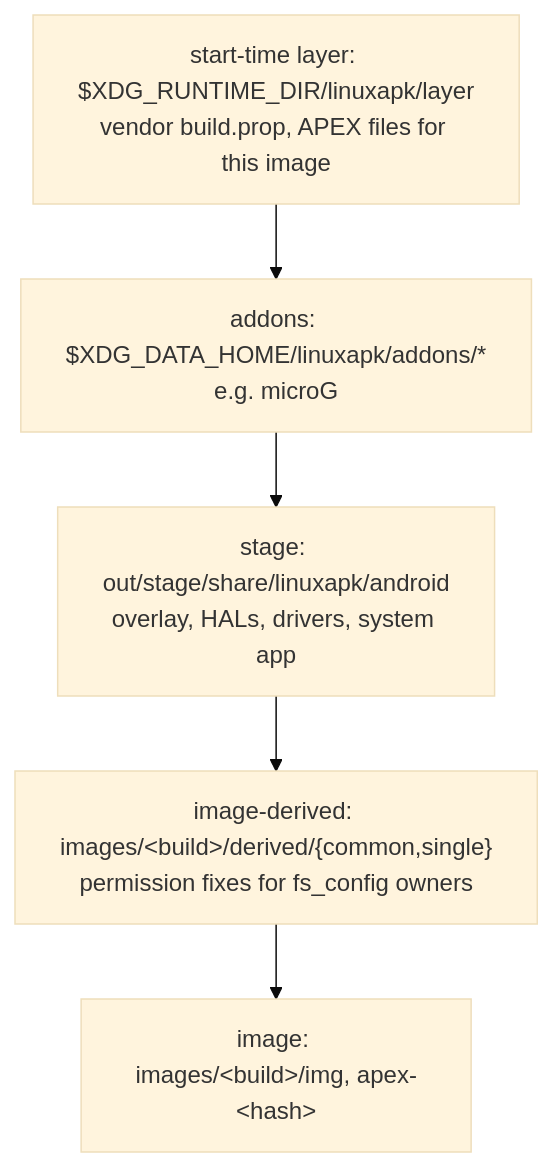
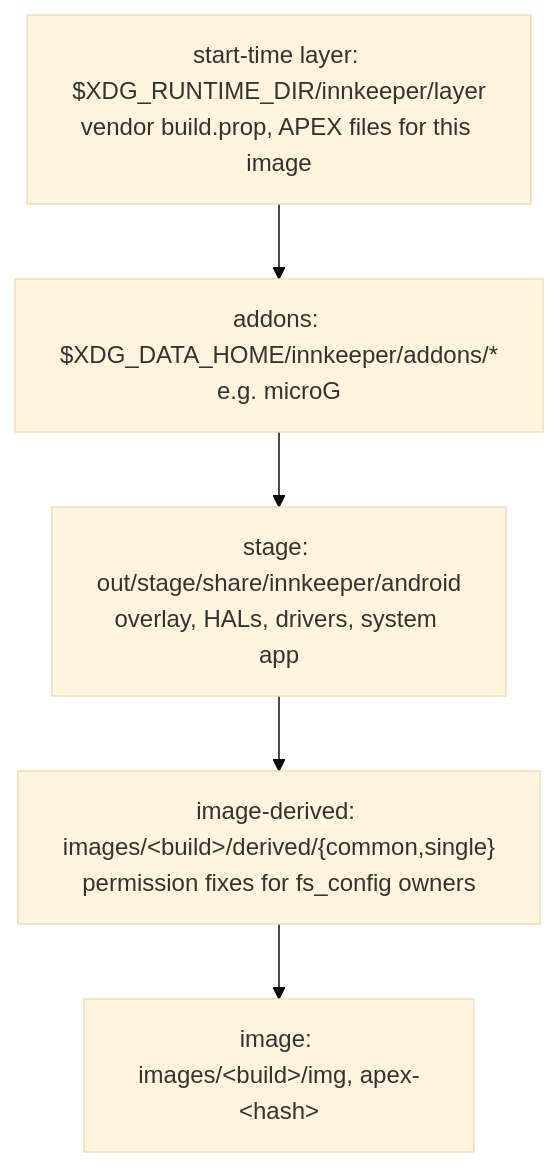
One commit to sargunv/innkeeper changed the second of 3 diagrams in docs/session.md. Above: the diagram before and after it, drawn with Mermaid (base theme). The commit also changed other lines of this file and 671 other files, not shown here.

````diff
--- a/docs/session.md
+++ b/docs/session.md
@@ -81,9 +81,9 @@
 ```mermaid
 flowchart TB
-  rt["start-time layer: $XDG_RUNTIME_DIR/linuxapk/layer<br/>vendor build.prop, APEX files for this image"]
-  add["addons: $XDG_DATA_HOME/linuxapk/addons/*<br/>e.g. microG"]
-  stage["stage: out/stage/share/linuxapk/android<br/>overlay, HALs, drivers, system app"]
+  rt["start-time layer: $XDG_RUNTIME_DIR/innkeeper/layer<br/>vendor build.prop, APEX files for this image"]
+  add["addons: $XDG_DATA_HOME/innkeeper/addons/*<br/>e.g. microG"]
+  stage["stage: out/stage/share/innkeeper/android<br/>overlay, HALs, drivers, system app"]
   derived["image-derived: images/&lt;build&gt;/derived/{common,single}<br/>permission fixes for fs_config owners"]
   img["image: images/&lt;build&gt;/img, apex-&lt;hash&gt;"]
   rt --> add --> stage --> derived --> img
 ```
````
